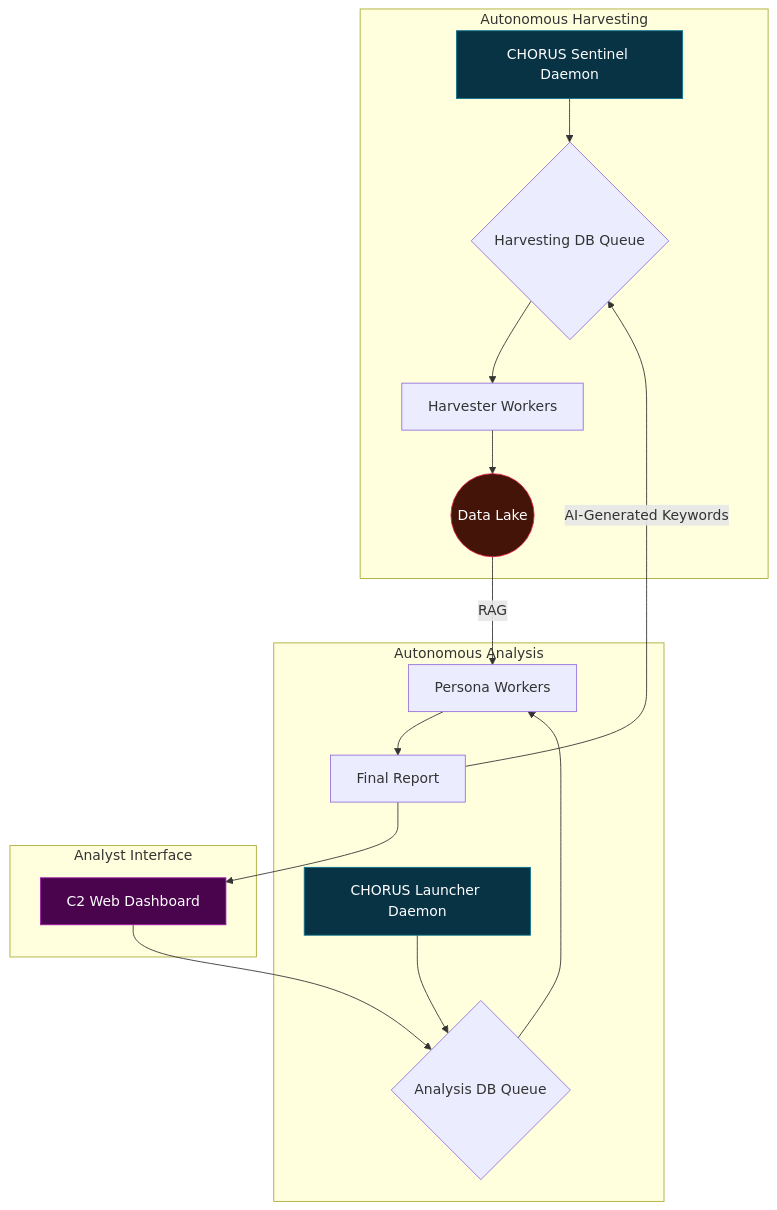
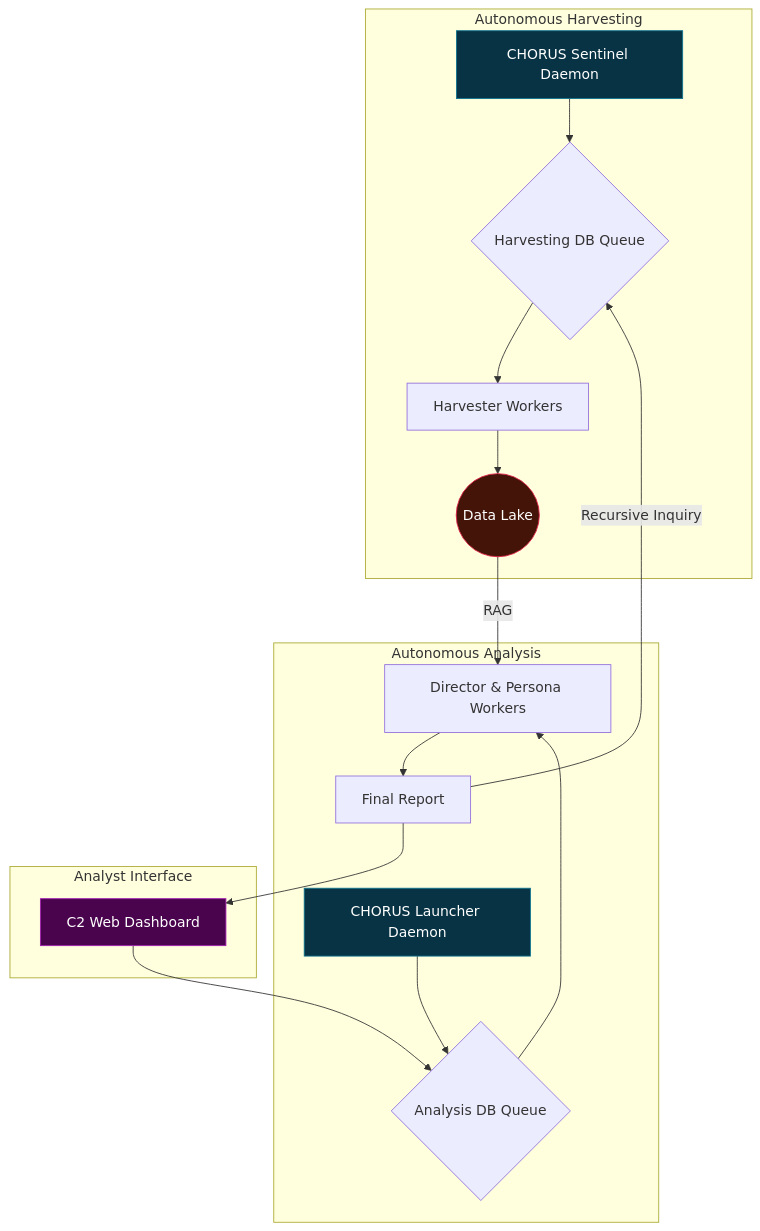
One commit to emergentcomplex/CHORUS changed the first of 2 diagrams in README.md. Above: the diagram before and after it, drawn with Mermaid. The commit also changed other lines of this file, not shown here.

````diff
--- a/README.md
+++ b/README.md
@@ -41,27 +42,27 @@
 ```mermaid
 graph TD
     subgraph "Autonomous Harvesting"
         A[CHORUS Sentinel Daemon] --> B{Harvesting DB Queue};
         B --> C[Harvester Workers];
         C --> E((Data Lake));
     end
 
     subgraph "Autonomous Analysis"
         F[CHORUS Launcher Daemon] --> G{Analysis DB Queue};
-        G --> H[Persona Workers];
+        G --> H[Director & Persona Workers];
         H --> J[Final Report];
     end
 
     subgraph "Analyst Interface"
         K[C2 Web Dashboard] --> G;
         J --> K;
     end
 
     E -- "RAG" --> H;
-    J -- "AI-Generated Keywords" --> B;
+    J -- "Recursive Inquiry" --> B;
 
     style A fill:#083344,stroke:#0e7490,color:#fff
     style F fill:#083344,stroke:#0e7490,color:#fff
     style K fill:#4a044e,stroke:#a21caf,color:#fff
     style E fill:#431407,stroke:#e11d48,color:#fff
 ```
````
